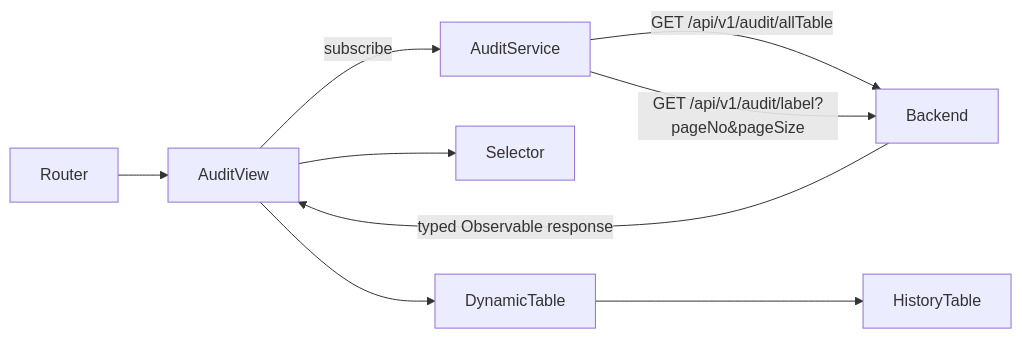
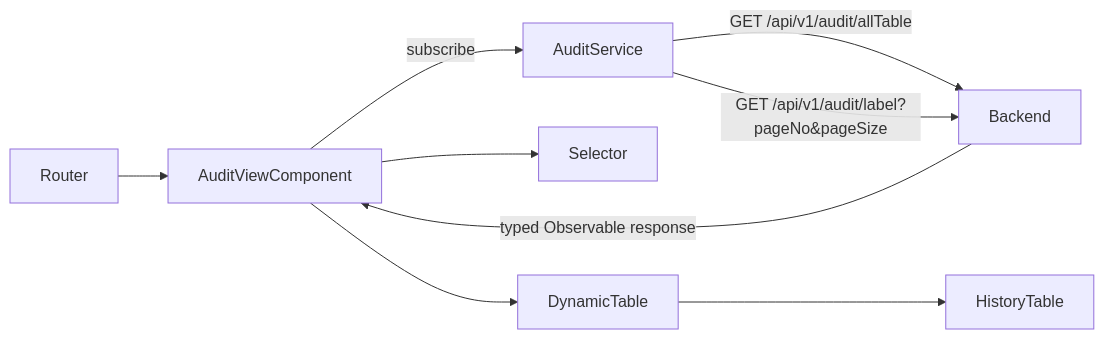
The first of 2 diagrams in docs/ARCHITECTURE.md (MrAkashKumar/audit-fronted), drawn with Mermaid before and after one commit. The commit also changed other lines of this file and 14 other files, not shown here.

````diff
--- a/docs/ARCHITECTURE.md
+++ b/docs/ARCHITECTURE.md
@@ -7,11 +7,11 @@
 ```mermaid
 flowchart LR
-    Router --> AuditView
-    AuditView -->|subscribe| AuditService
+    Router --> AuditViewComponent
+    AuditViewComponent -->|subscribe| AuditService
     AuditService -->|GET /api/v1/audit/allTable| Backend
     AuditService -->|GET /api/v1/audit/label?pageNo&pageSize| Backend
-    Backend -->|typed Observable response| AuditView
-    AuditView --> Selector
-    AuditView --> DynamicTable
+    Backend -->|typed Observable response| AuditViewComponent
+    AuditViewComponent --> Selector
+    AuditViewComponent --> DynamicTable
     DynamicTable --> HistoryTable
 ```
````
